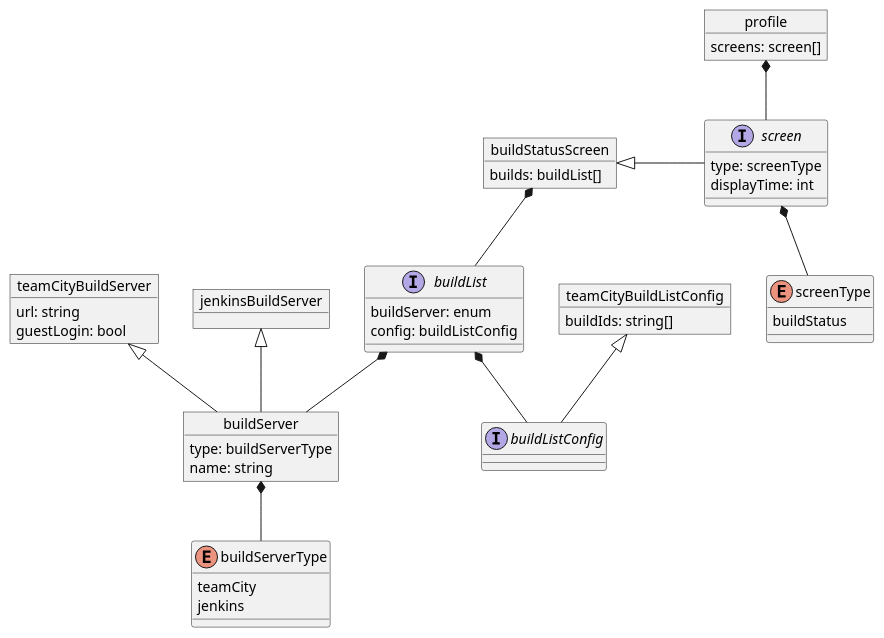
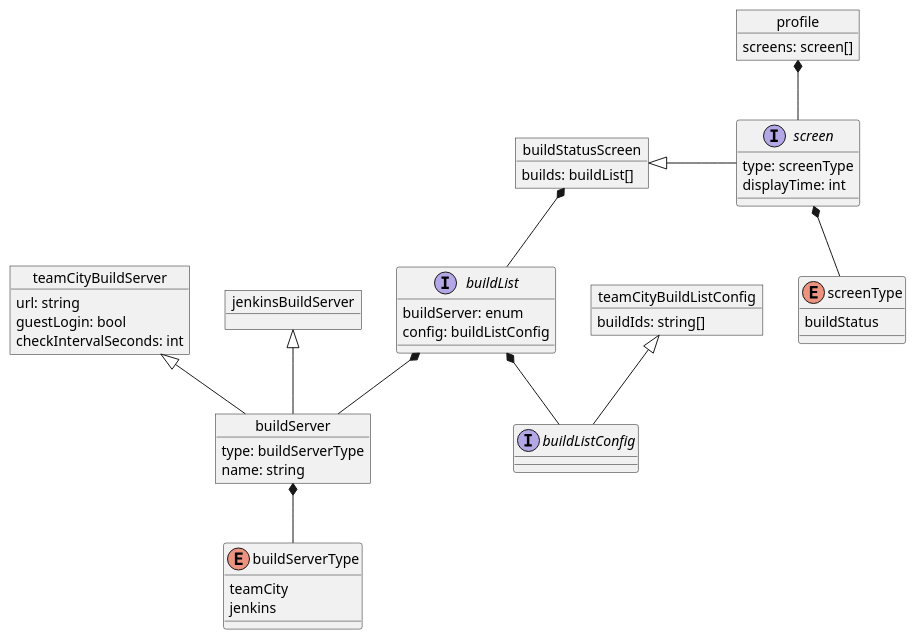
Before and after one commit to vadimart92/build-monitor: the diagram in .diagrams/Configuartion.puml, drawn with PlantUML.

Commit message:
add check interval setting

```diff
--- a/.diagrams/Configuartion.puml
+++ b/.diagrams/Configuartion.puml
@@ -1,51 +1,52 @@
 @startuml
 enum buildServerType {
     teamCity
     jenkins
 }
 object buildServer {
     type: buildServerType
     name: string
 }
 buildServer *-- buildServerType
 object teamCityBuildServer {
     url: string
     guestLogin: bool
+    checkIntervalSeconds: int
 }
 teamCityBuildServer <|-- buildServer
 object jenkinsBuildServer
 jenkinsBuildServer <|-- buildServer
 
 interface buildListConfig
 
 interface buildList {
     buildServer: enum
     config: buildListConfig
 }
 buildList *-- buildListConfig
 buildList *-- buildServer
 
 object teamCityBuildListConfig {
     buildIds: string[]
 }
 teamCityBuildListConfig <|-- buildListConfig
 
 enum screenType {
     buildStatus
 }
 
 interface screen {
     type: screenType
     displayTime: int
 }
 screen *-- screenType
 object buildStatusScreen {
     builds: buildList[]
 }
 buildStatusScreen *-- buildList
 buildStatusScreen <|- screen
 object profile {
     screens: screen[]
 }
 profile *-- screen
 @enduml
```
